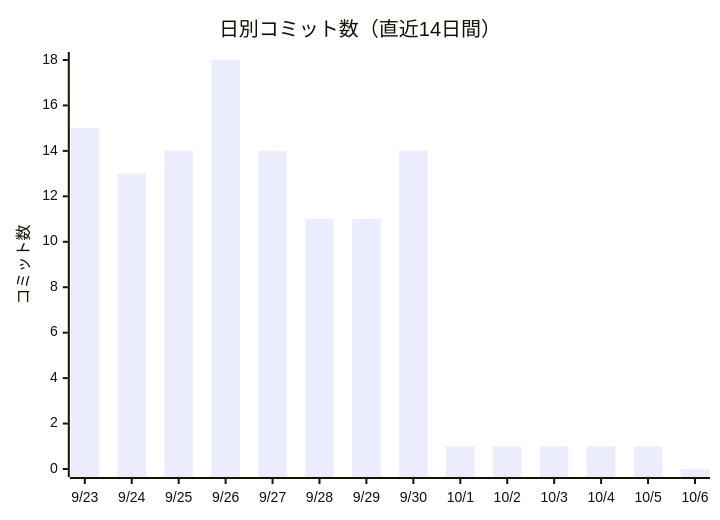
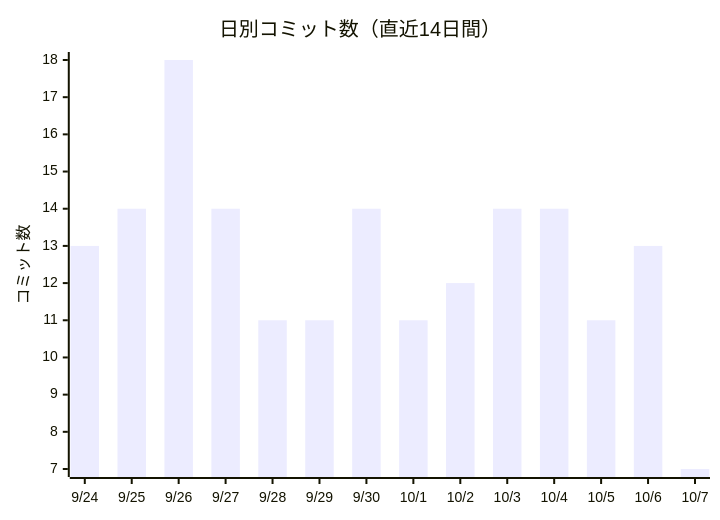
The first of 2 diagrams in docs/進化レポート.md (non-x2/non-x2), drawn with Mermaid before and after one commit. The commit also changed other lines of this file and 3 other files, not shown here.

First line of the commit message:
🌱 地図の見張り番が .claude/skills/（型7つ）も見張るように

````diff
--- a/docs/進化レポート.md
+++ b/docs/進化レポート.md
@@ -23,7 +23,7 @@
 ```mermaid
 xychart-beta
     title "日別コミット数（直近14日間）"
-    x-axis ["9/23", "9/24", "9/25", "9/26", "9/27", "9/28", "9/29", "9/30", "10/1", "10/2", "10/3", "10/4", "10/5", "10/6"]
+    x-axis ["9/24", "9/25", "9/26", "9/27", "9/28", "9/29", "9/30", "10/1", "10/2", "10/3", "10/4", "10/5", "10/6", "10/7"]
     y-axis "コミット数"
-    bar [15, 13, 14, 18, 14, 11, 11, 14, 1, 1, 1, 1, 1, 0]
+    bar [13, 14, 18, 14, 11, 11, 14, 11, 12, 14, 14, 11, 13, 7]
 ```
````
